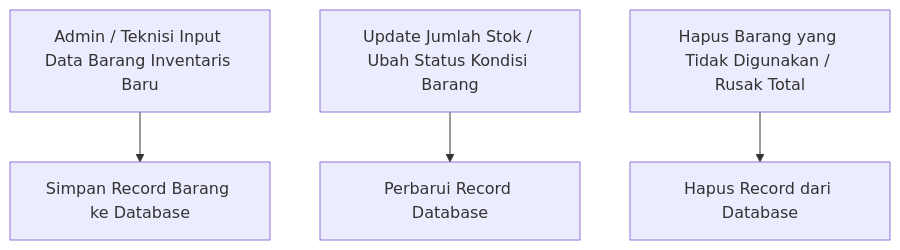
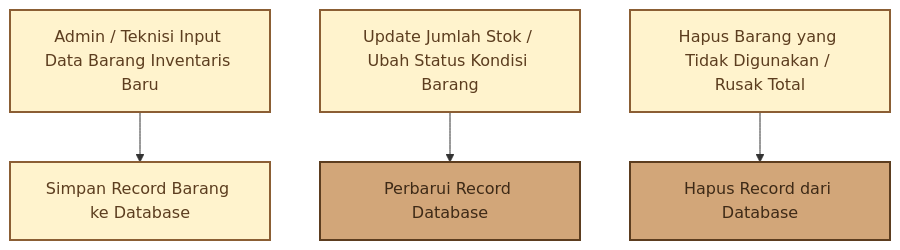
Before and after one commit to nazwasalsabila181718-droid/manajemen_perawatan: the tenth of 13 diagrams in docs/DOKUMENTASI_MODULE_SISTEM.md, drawn with Mermaid. The commit also changed other lines of this file, not shown here.

Commit message:
style: tambahkan tema warna kuning-coklat pada diagram mermaid

````diff
--- a/docs/DOKUMENTASI_MODULE_SISTEM.md
+++ b/docs/DOKUMENTASI_MODULE_SISTEM.md
@@ -218,6 +272,12 @@
 ```mermaid
 flowchart TD
+    classDef default fill:#FFF3CD,stroke:#8B5E34,stroke-width:2px,color:#5C3D1F;
+    classDef highlight fill:#D2A679,stroke:#5C3D1F,stroke-width:2px,color:#3E2A17;
+
     A[Admin / Teknisi Input Data Barang Inventaris Baru] --> B[Simpan Record Barang ke Database]
     C[Update Jumlah Stok / Ubah Status Kondisi Barang] --> D[Perbarui Record Database]
     E[Hapus Barang yang Tidak Digunakan / Rusak Total] --> F[Hapus Record dari Database]
+
+    class A,B,C,E default;
+    class D,F highlight;
 ```
````
